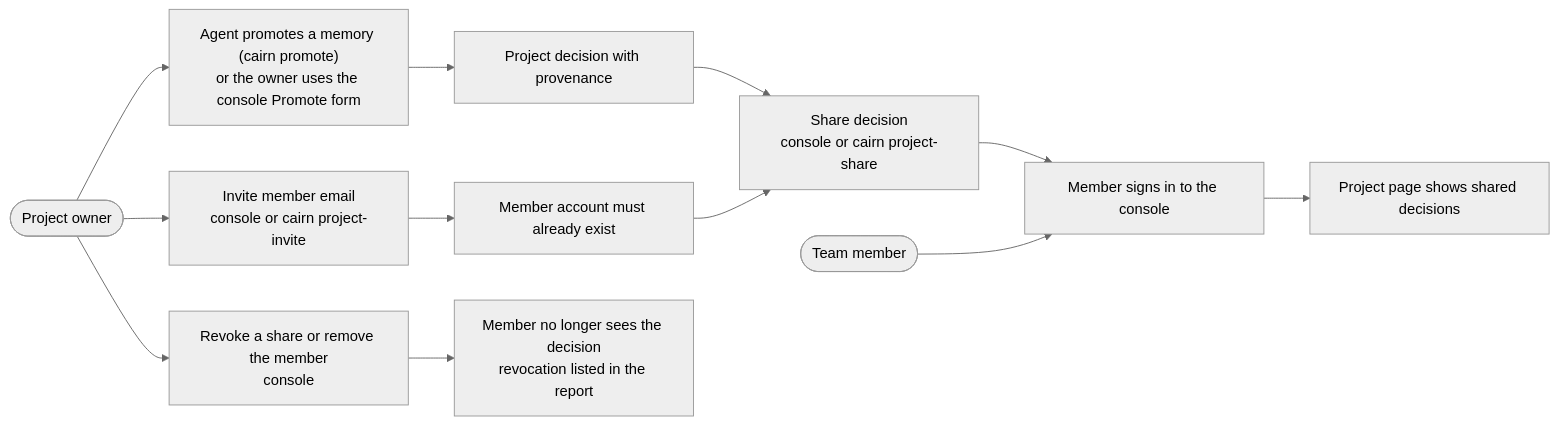
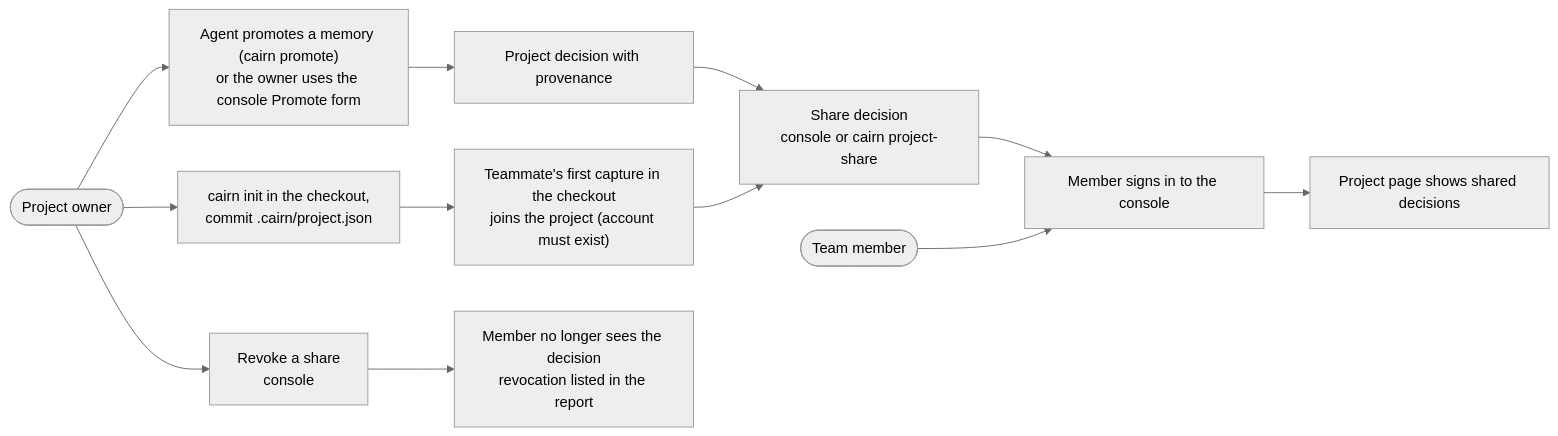
Before and after one commit to cunilab/cairn-memory: diagram 13 of 17 in docs/data-flow.md, drawn with Mermaid (neutral theme). The commit also changed other lines of this file and 34 other files, not shown here.

````diff
--- a/docs/data-flow.md
+++ b/docs/data-flow.md
@@ -520,16 +520,16 @@
 ```mermaid
 flowchart LR
     Own(["Project owner"])
     Mem(["Team member"])
     Own --> P1["Agent promotes a memory (cairn promote)<br/>or the owner uses the console Promote form"]
     P1 --> P2["Project decision with provenance"]
-    Own --> I1["Invite member email<br/>console or cairn project-invite"]
-    I1 --> I2["Member account must already exist"]
+    Own --> I1["cairn init in the checkout,<br/>commit .cairn/project.json"]
+    I1 --> I2["Teammate's first capture in the checkout<br/>joins the project (account must exist)"]
     P2 --> S1["Share decision<br/>console or cairn project-share"]
     I2 --> S1
     S1 --> M1["Member signs in to the console"]
     Mem --> M1
     M1 --> M2["Project page shows shared decisions"]
-    Own --> V1["Revoke a share or remove the member<br/>console"]
+    Own --> V1["Revoke a share<br/>console"]
     V1 --> V2["Member no longer sees the decision<br/>revocation listed in the report"]
 ```
````
